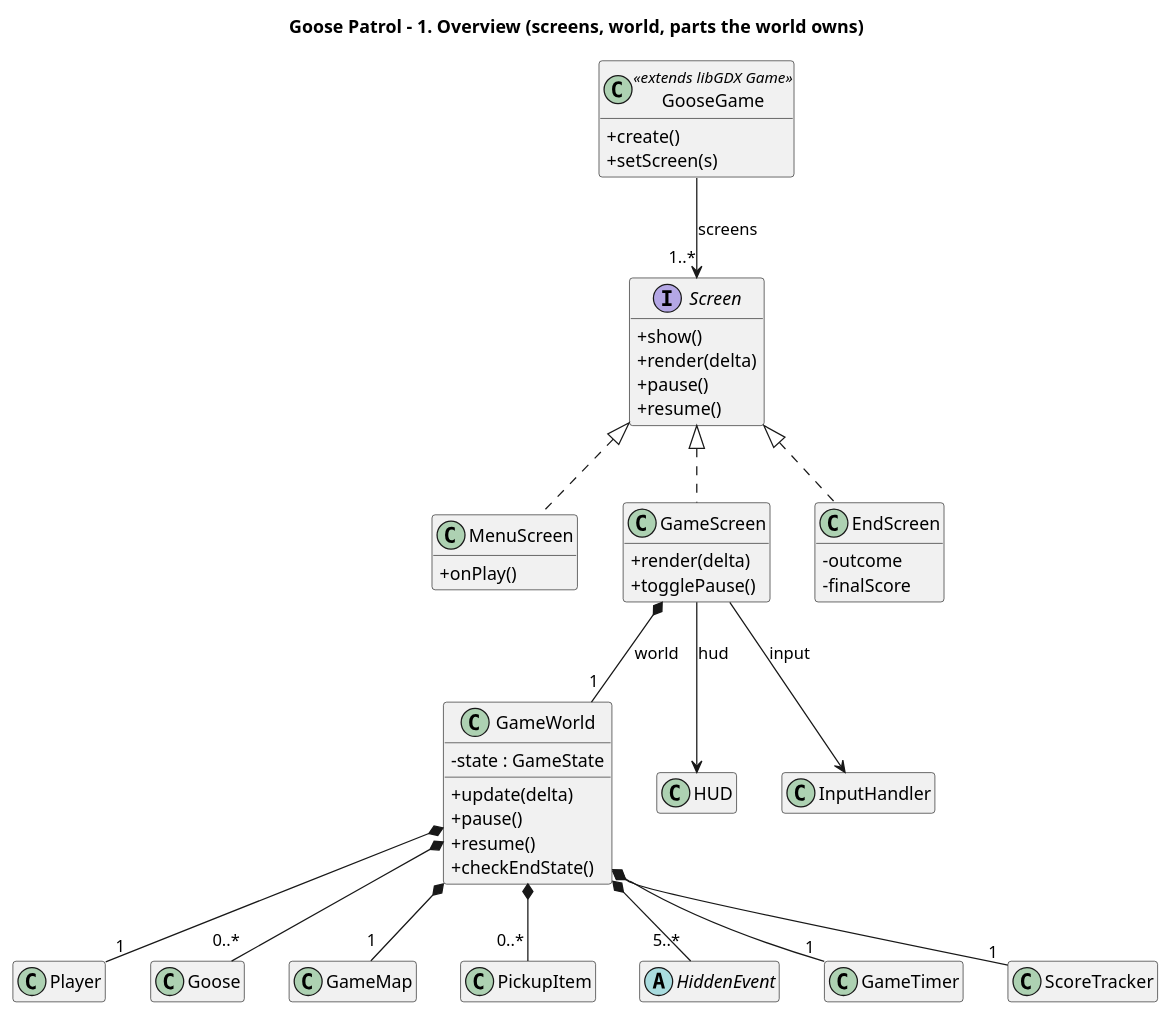
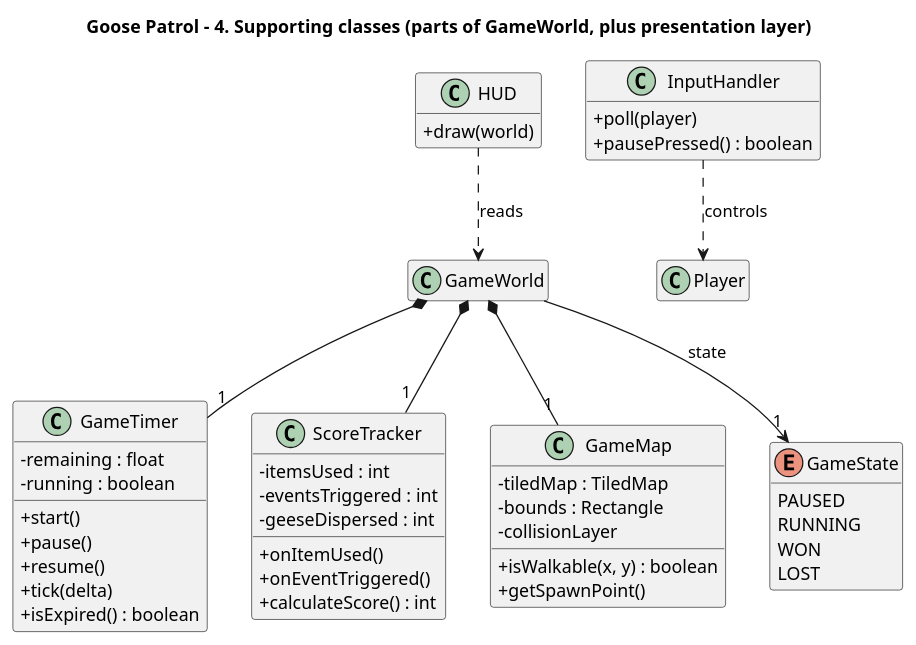
One commit to mnd514-cloud/GameChangersGooseGame changed the diagram in 01-overview.puml. Above: the diagram before and after it, drawn with PlantUML. The commit also changed 5 other files, not shown here.

Commit message:
UML changes

```diff
--- a/01-overview.puml
+++ b/01-overview.puml
@@ -1,74 +1,66 @@
-@startuml 01-overview
-title Goose Patrol - 1. Overview (screens, world, parts the world owns)
+@startuml 04-supporting
+title Goose Patrol - 4. Supporting classes (parts of GameWorld, plus presentation layer)
 
 ' ---- display settings: leave as they are ----
 skinparam classAttributeIconSize 0
 skinparam shadowing false
 hide empty members
 
 ' ---- classes ----
-class GooseGame <<extends libGDX Game>> {
-  + create()
-  + setScreen(s)
+class GameTimer {
+  - remaining : float
+  - running : boolean
+  + start()
+  + pause()
+  + resume()
+  + tick(delta)
+  + isExpired() : boolean
 }
 
-interface Screen {
-  + show()
-  + render(delta)
-  + pause()
-  + resume()
+class ScoreTracker {
+  - itemsUsed : int
+  - eventsTriggered : int
+  - geeseDispersed : int
+  + onItemUsed()
+  + onEventTriggered()
+  + calculateScore() : int
 }
 
-class MenuScreen {
-  + onPlay()
+class GameMap {
+  - tiledMap : TiledMap
+  - bounds : Rectangle
+  - collisionLayer
+  + isWalkable(x, y) : boolean
+  + getSpawnPoint()
 }
 
-class GameScreen {
-  + render(delta)
-  + togglePause()
+class HUD {
+  + draw(world)
 }
 
-class EndScreen {
-  - outcome
-  - finalScore
+class InputHandler {
+  + poll(player)
+  + pausePressed() : boolean
 }
 
-class GameWorld {
-  - state : GameState
-  + update(delta)
-  + pause()
-  + resume()
-  + checkEndState()
+enum GameState {
+  PAUSED
+  RUNNING
+  WON
+  LOST
 }
 
-' name-only boxes: members are on diagram 2, 3 or 4
-class HUD
-class InputHandler
+' name-only boxes: shown here only so the arrows have something to point at
+class GameWorld
 class Player
-class Goose
-class GameMap
-class PickupItem
-abstract class HiddenEvent
-class GameTimer
-class ScoreTracker
 
 ' ---- relationships ----
-' arrow = association, *-- = composition (owner has the *), <|.. = implements
-GooseGame --> "1..*" Screen : screens
-Screen <|.. MenuScreen
-Screen <|.. GameScreen
-Screen <|.. EndScreen
-
-GameScreen *-- "1" GameWorld : world
-GameScreen --> HUD : hud
-GameScreen --> InputHandler : input
-
-GameWorld *-- "1" Player
-GameWorld *-- "0..*" Goose
-GameWorld *-- "1" GameMap
-GameWorld *-- "0..*" PickupItem
-GameWorld *-- "5..*" HiddenEvent
 GameWorld *-- "1" GameTimer
 GameWorld *-- "1" ScoreTracker
+GameWorld *-- "1" GameMap
+GameWorld --> "1" GameState : state
+
+HUD ..> GameWorld : reads
+InputHandler ..> Player : controls
 
 @enduml
```
